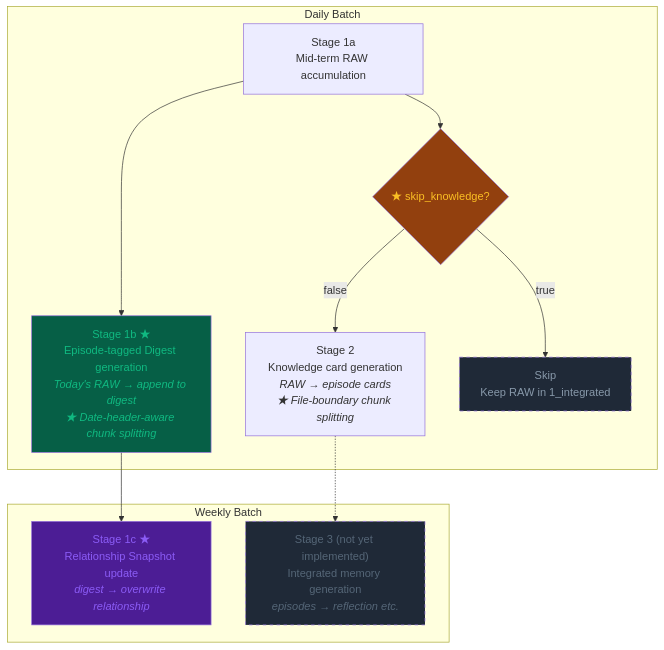
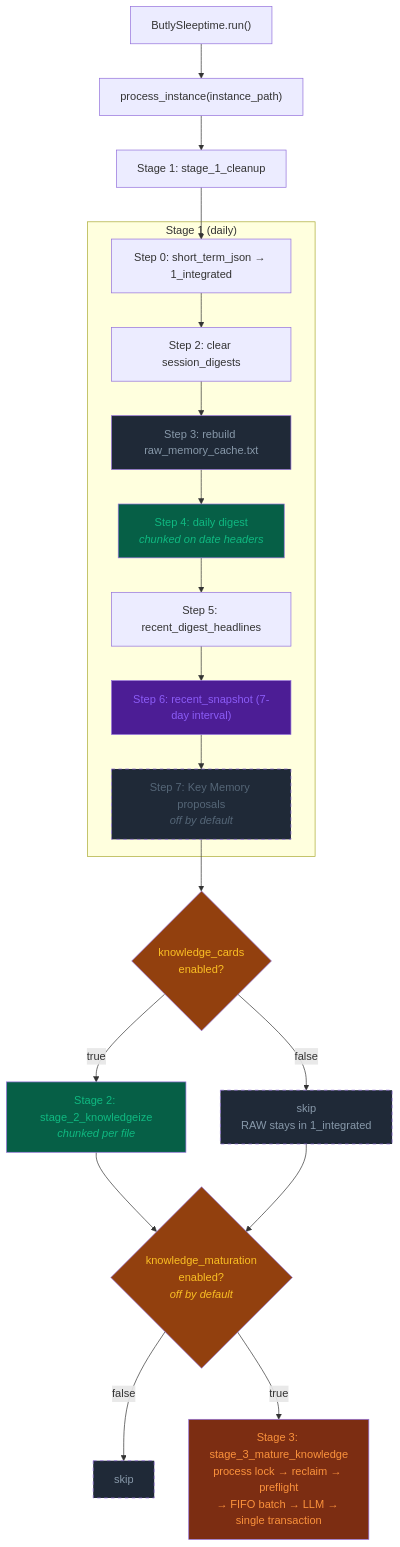
Before and after one commit to unagisann/Butly: the fourth of 11 diagrams in docs/reference/DIAGRAMS.md, drawn with Mermaid. The commit also changed other lines of this file and 28 other files, not shown here.

````diff
--- a/docs/reference/DIAGRAMS.md
+++ b/docs/reference/DIAGRAMS.md
@@ -95,26 +132,34 @@
 ```mermaid
 flowchart TD
-    subgraph "Daily Batch"
-        S1a["Stage 1a<br/>Mid-term RAW accumulation"]
-        S1b["Stage 1b ★<br/>Episode-tagged Digest generation<br/><i>Today's RAW → append to digest</i><br/><i>★ Date-header-aware chunk splitting</i>"]
-        SKIP{★ skip_knowledge?}
-        S2["Stage 2<br/>Knowledge card generation<br/><i>RAW → episode cards</i><br/><i>★ File-boundary chunk splitting</i>"]
-        S2SKIP["Skip<br/>Keep RAW in 1_integrated"]
+    RUN["ButlySleeptime.run()"] --> PI["process_instance(instance_path)"]
+    PI --> S1["Stage 1: stage_1_cleanup"]
+    subgraph "Stage 1 (daily)"
+        S1a["Step 0: short_term_json → 1_integrated"]
+        S1b["Step 2: clear session_digests"]
+        S1c["Step 3: rebuild raw_memory_cache.txt"]
+        S1d["Step 4: daily digest<br/><i>chunked on date headers</i>"]
+        S1e["Step 5: recent_digest_headlines"]
+        S1f["Step 6: recent_snapshot (7-day interval)"]
+        S1g["Step 7: Key Memory proposals<br/><i>off by default</i>"]
+        S1a --> S1b --> S1c --> S1d --> S1e --> S1f --> S1g
     end
-    subgraph "Weekly Batch"
-        S1c["Stage 1c ★<br/>Relationship Snapshot update<br/><i>digest → overwrite relationship</i>"]
-        S3["Stage 3 (not yet implemented)<br/>Integrated memory generation<br/><i>episodes → reflection etc.</i>"]
-    end
+    S1 --> S1a
+    S1g --> GATE2{knowledge_cards<br/>enabled?}
+    GATE2 -->|false| SKIP2["skip<br/>RAW stays in 1_integrated"]
+    GATE2 -->|true| S2["Stage 2: stage_2_knowledgeize<br/><i>chunked per file</i>"]
+    S2 --> GATE3{knowledge_maturation<br/>enabled?<br/><i>off by default</i>}
+    SKIP2 --> GATE3
+    GATE3 -->|false| SKIP3["skip"]
+    GATE3 -->|true| S3["Stage 3: stage_3_mature_knowledge<br/>process lock → reclaim → preflight<br/>→ FIFO batch → LLM → single transaction"]
 
-    S1a --> S1b --> S1c
-    S1a --> SKIP
-    SKIP -->|false| S2
-    SKIP -->|true| S2SKIP
-    S2 -.-> S3
-
-    style S1b fill:#065f46,color:#10b981
-    style S1c fill:#4c1d95,color:#8b5cf6
-    style S3 fill:#1f2937,color:#556677,stroke-dasharray: 5 5
-    style SKIP fill:#92400e,color:#fbbf24
-    style S2SKIP fill:#1f2937,color:#8899aa,stroke-dasharray: 5 5
+    style S1c fill:#1f2937,color:#8899aa
+    style S1d fill:#065f46,color:#10b981
+    style S1f fill:#4c1d95,color:#8b5cf6
+    style S1g fill:#1f2937,color:#556677,stroke-dasharray: 5 5
+    style S2 fill:#065f46,color:#10b981
+    style S3 fill:#7c2d12,color:#fb923c
+    style SKIP2 fill:#1f2937,color:#8899aa,stroke-dasharray: 5 5
+    style SKIP3 fill:#1f2937,color:#8899aa,stroke-dasharray: 5 5
+    style GATE2 fill:#92400e,color:#fbbf24
+    style GATE3 fill:#92400e,color:#fbbf24
 ```
````
